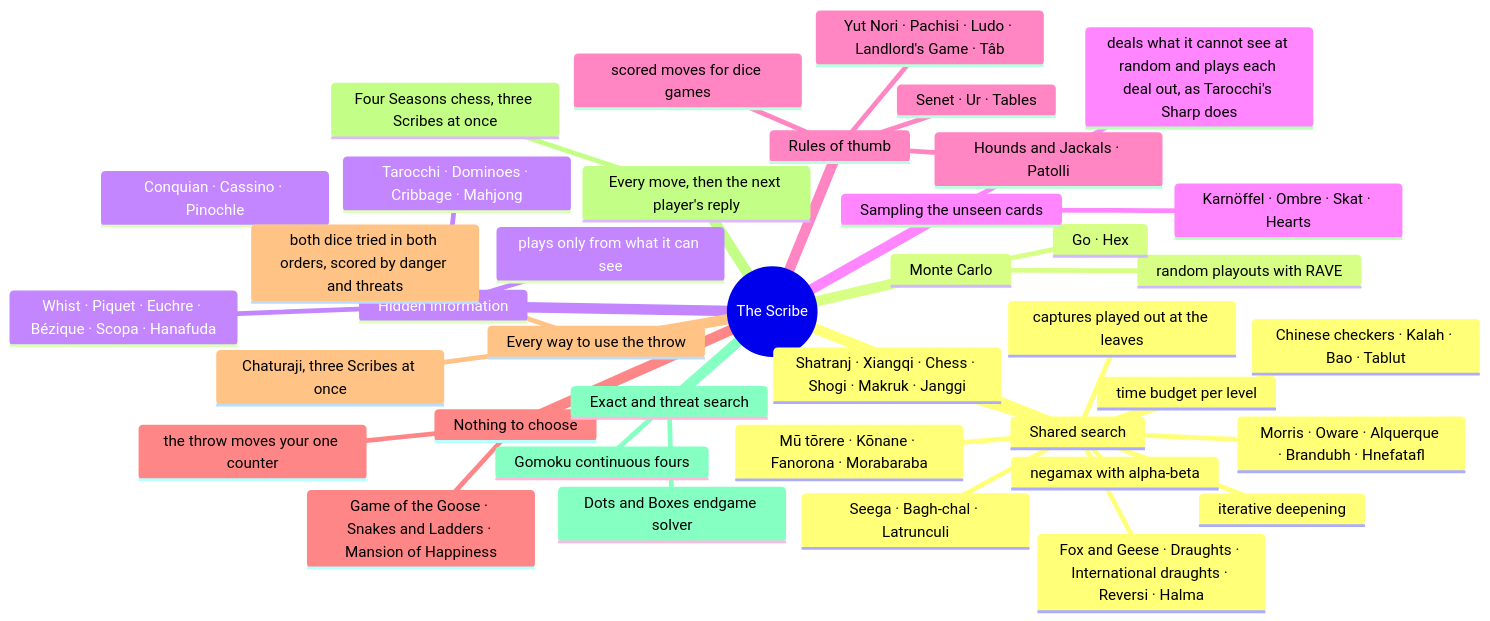
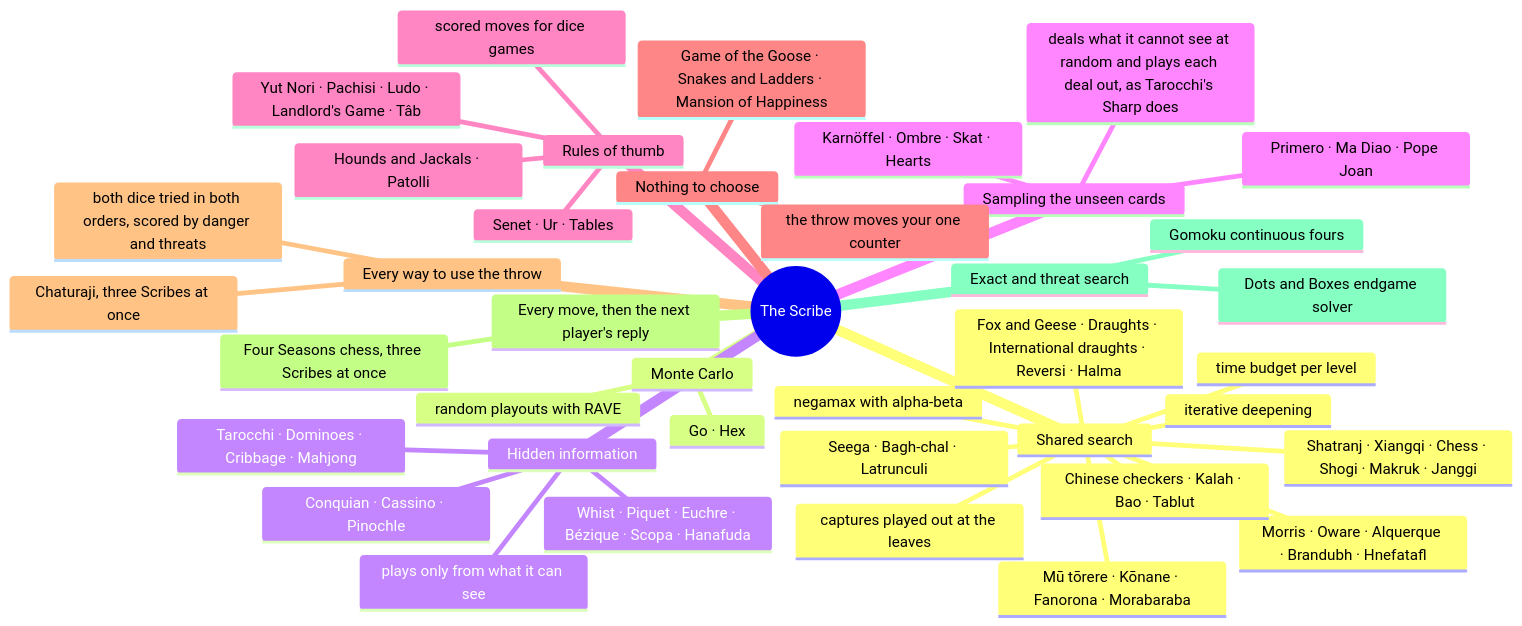
The first of 3 diagrams in docs/scribe.md (CptNope/Librarium-Archives), drawn with Mermaid before and after one commit. The commit also changed other lines of this file and 44 other files, not shown here.

First line of the commit message:
0.38.0: the card room, part five: Primero, Faro, Pope Joan and Ma Diao

````diff
--- a/docs/scribe.md
+++ b/docs/scribe.md
@@ -5,42 +5,43 @@
 ```mermaid
 mindmap
   root((The Scribe))
     Shared search
       negamax with alpha-beta
       captures played out at the leaves
       iterative deepening
       time budget per level
       Morris · Oware · Alquerque · Brandubh · Hnefatafl
       Shatranj · Xiangqi · Chess · Shogi · Makruk · Janggi
       Fox and Geese · Draughts · International draughts · Reversi · Halma
       Chinese checkers · Kalah · Bao · Tablut
       Mū tōrere · Kōnane · Fanorona · Morabaraba
       Seega · Bagh-chal · Latrunculi
     Monte Carlo
       random playouts with RAVE
       Go · Hex
     Hidden information
       plays only from what it can see
       Tarocchi · Dominoes · Cribbage · Mahjong
       Whist · Piquet · Euchre · Bézique · Scopa · Hanafuda
       Conquian · Cassino · Pinochle
     Sampling the unseen cards
       deals what it cannot see at random and plays each deal out, as Tarocchi's Sharp does
       Karnöffel · Ombre · Skat · Hearts
+      Primero · Ma Diao · Pope Joan
     Rules of thumb
       scored moves for dice games
       Senet · Ur · Tables
       Yut Nori · Pachisi · Ludo · Landlord's Game · Tâb
       Hounds and Jackals · Patolli
     Nothing to choose
       the throw moves your one counter
       Game of the Goose · Snakes and Ladders · Mansion of Happiness
     Every way to use the throw
       both dice tried in both orders, scored by danger and threats
       Chaturaji, three Scribes at once
     Every move, then the next player's reply
       Four Seasons chess, three Scribes at once
     Exact and threat search
       Dots and Boxes endgame solver
       Gomoku continuous fours
 ```
````
